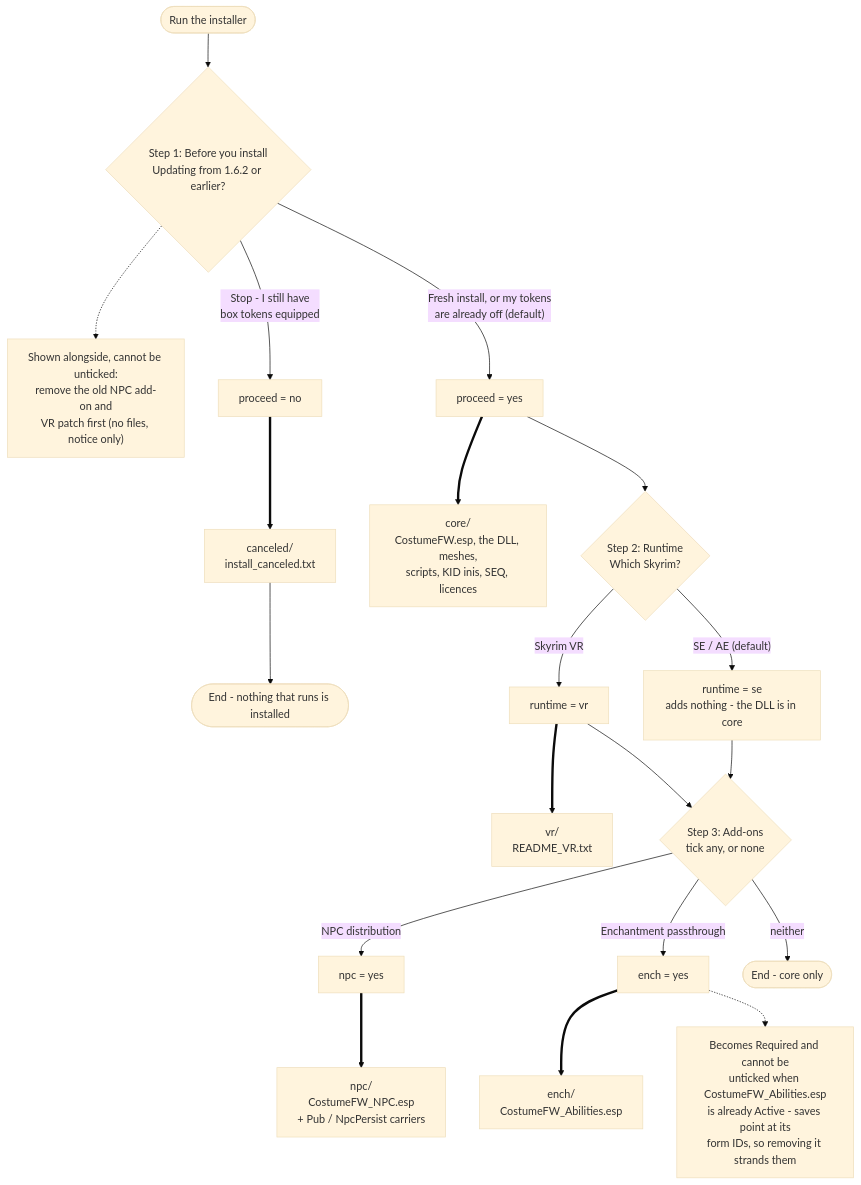
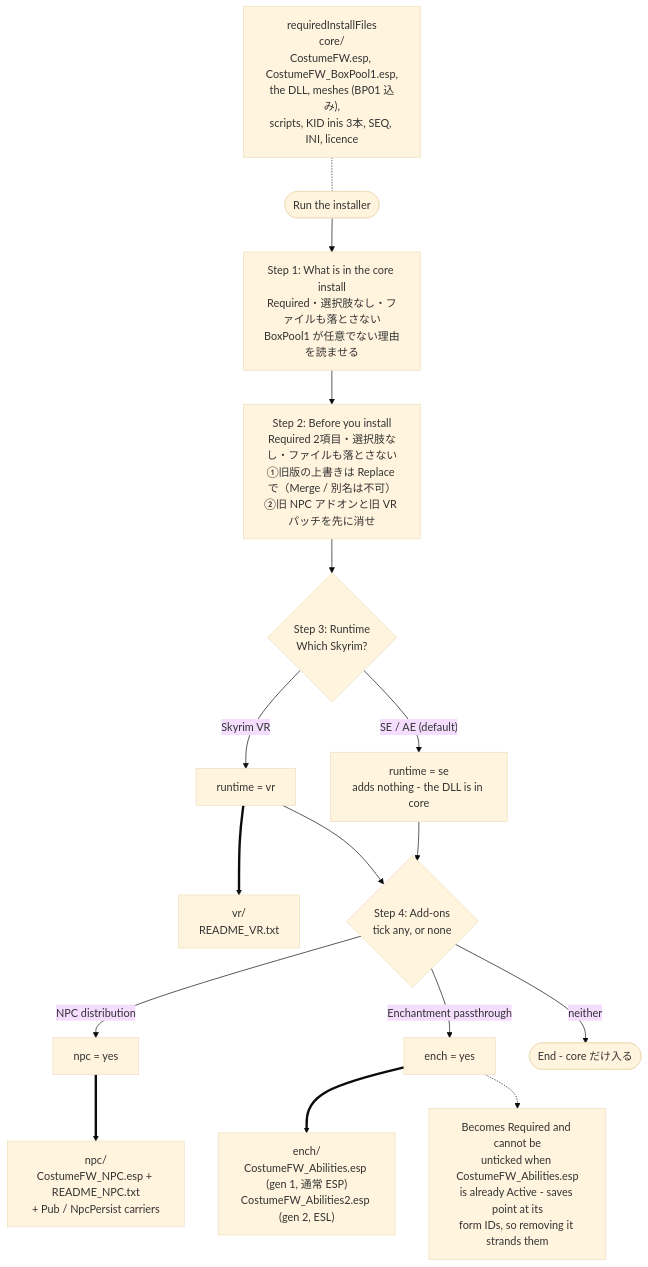
One commit to HeavyMoon-nexus/CostumeExpansionFW changed the diagram in fomod/README.md. Above: the diagram before and after it, drawn with Mermaid (base theme). The commit also changed other lines of this file and 2 other files, not shown here.

First line of the commit message:
build: ship the second ability pool the installer keeps naming

````diff
--- a/fomod/README.md
+++ b/fomod/README.md
@@ -12,31 +14,26 @@
 ```mermaid
 flowchart TD
-    A([Run the installer]) --> Q1{"Step 1: Before you install<br/>Updating from 1.6.2 or earlier?"}
+    A([Run the installer]) --> S1["Step 1: What is in the core install<br/>Required・選択肢なし・ファイルも落とさない<br/>BoxPool1 が任意でない理由を読ませる"]
 
-    Q1 -.-> NOTE["Shown alongside, cannot be unticked:<br/>remove the old NPC add-on and<br/>VR patch first (no files, notice only)"]
+    S1 --> S2["Step 2: Before you install<br/>Required 2項目・選択肢なし・ファイルも落とさない<br/>①旧版の上書きは Replace で（Merge / 別名は不可）<br/>②旧 NPC アドオンと旧 VR パッチを先に消せ"]
 
-    Q1 -->|"Stop - I still have<br/>box tokens equipped"| FNO["proceed = no"]
-    Q1 -->|"Fresh install, or my tokens<br/>are already off (default)"| FYES["proceed = yes"]
+    REQFILES["requiredInstallFiles<br/>core/<br/>CostumeFW.esp, CostumeFW_BoxPool1.esp,<br/>the DLL, meshes (BP01 込み),<br/>scripts, KID inis 3本, SEQ, INI, licence"] -.- A
 
-    FNO ==> OCANCEL["canceled/<br/>install_canceled.txt"]
-    OCANCEL --> ENDC([End - nothing that runs is installed])
-
-    FYES ==> OCORE["core/<br/>CostumeFW.esp, the DLL, meshes,<br/>scripts, KID inis, SEQ, licences"]
-    FYES --> Q2{"Step 2: Runtime<br/>Which Skyrim?"}
+    S2 --> Q2{"Step 3: Runtime<br/>Which Skyrim?"}
 
     Q2 -->|"SE / AE (default)"| FSE["runtime = se<br/>adds nothing - the DLL is in core"]
     Q2 -->|"Skyrim VR"| FVR["runtime = vr"]
     FVR ==> OVR["vr/<br/>README_VR.txt"]
 
-    FSE --> Q3{"Step 3: Add-ons<br/>tick any, or none"}
+    FSE --> Q3{"Step 4: Add-ons<br/>tick any, or none"}
     FVR --> Q3
 
     Q3 -->|"NPC distribution"| FNPC["npc = yes"]
     Q3 -->|"Enchantment passthrough"| FENCH["ench = yes"]
-    Q3 -->|"neither"| FNONE([End - core only])
+    Q3 -->|"neither"| FNONE([End - core だけ入る])
 
-    FNPC ==> ONPC["npc/<br/>CostumeFW_NPC.esp<br/>+ Pub / NpcPersist carriers"]
-    FENCH ==> OENCH["ench/<br/>CostumeFW_Abilities.esp"]
+    FNPC ==> ONPC["npc/<br/>CostumeFW_NPC.esp + README_NPC.txt<br/>+ Pub / NpcPersist carriers"]
+    FENCH ==> OENCH["ench/<br/>CostumeFW_Abilities.esp (gen 1, 通常 ESP)<br/>CostumeFW_Abilities2.esp (gen 2, ESL)"]
 
     FENCH -.-> REQ["Becomes Required and cannot be<br/>unticked when CostumeFW_Abilities.esp<br/>is already Active - saves point at its<br/>form IDs, so removing it strands them"]
 ```
````
